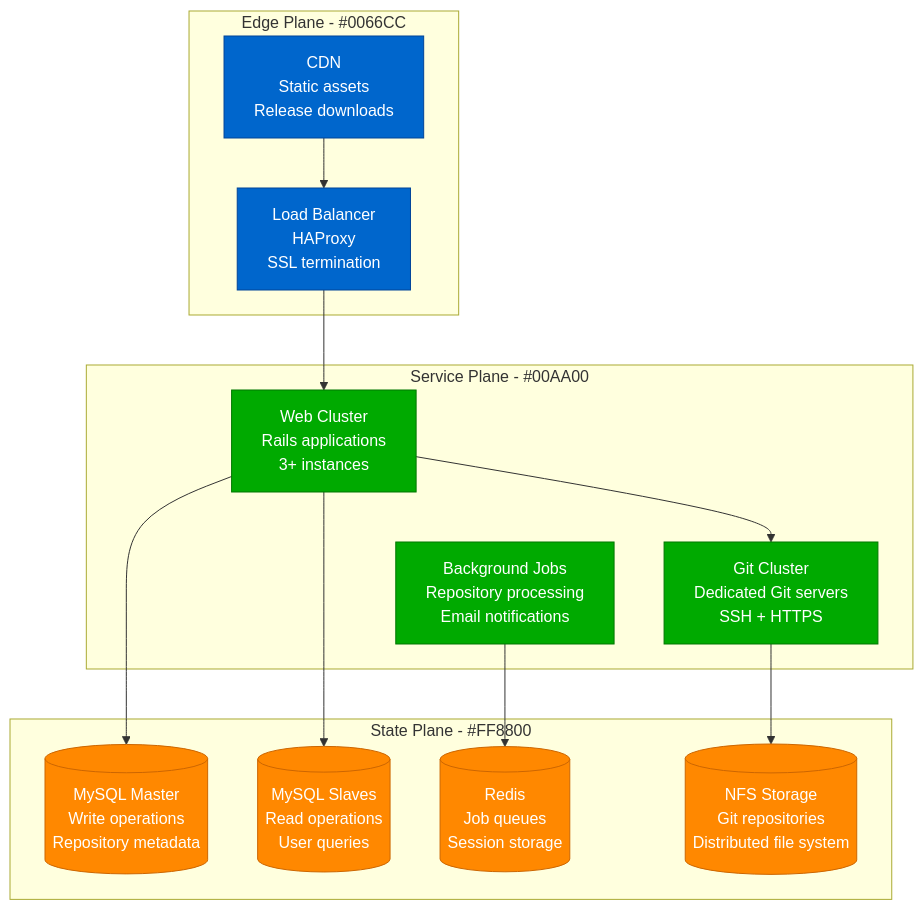
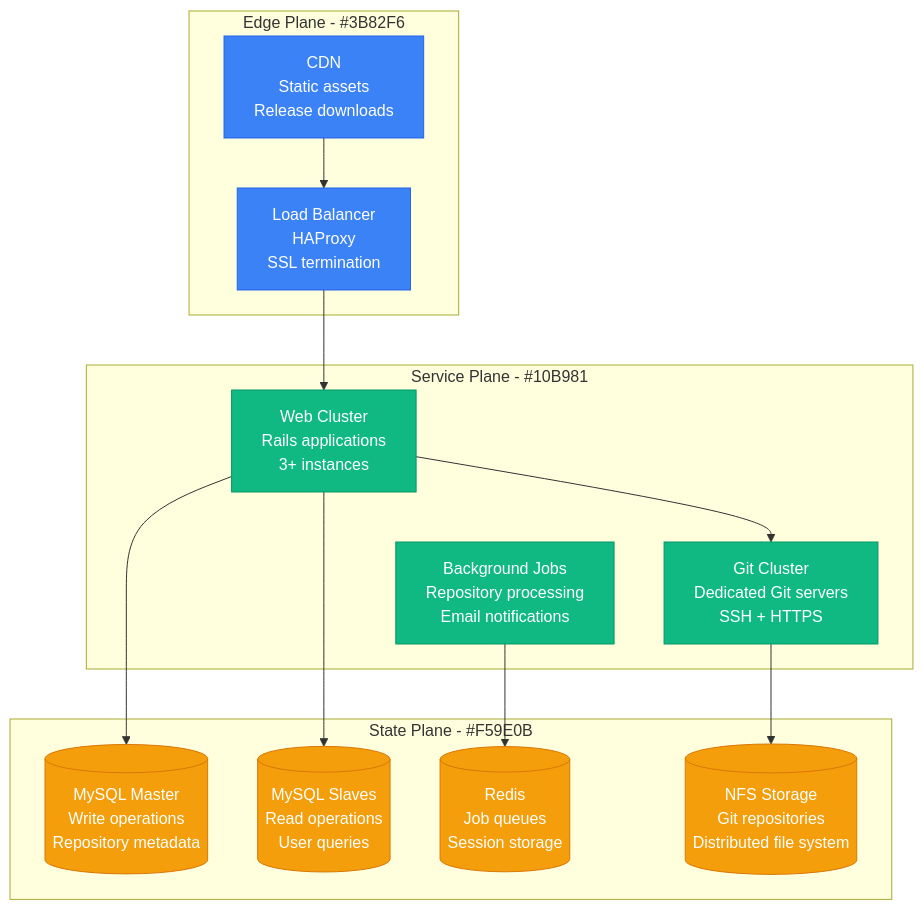
The second of 4 diagrams in site/docs/scaling/github-scale-evolution.md (deepaucksharma/DS), drawn with Mermaid before and after one commit. The commit also changed other lines of this file and 187 other files, not shown here.

````diff
--- a/site/docs/scaling/github-scale-evolution.md
+++ b/site/docs/scaling/github-scale-evolution.md
@@ -69,36 +69,36 @@
 ```mermaid
 graph TB
-    subgraph EdgePlane[Edge Plane - #0066CC]
+    subgraph EdgePlane[Edge Plane - #3B82F6]
         LB[Load Balancer<br/>HAProxy<br/>SSL termination]
         CDN[CDN<br/>Static assets<br/>Release downloads]
     end
 
-    subgraph ServicePlane[Service Plane - #00AA00]
+    subgraph ServicePlane[Service Plane - #10B981]
         WEB_CLUSTER[Web Cluster<br/>Rails applications<br/>3+ instances]
         GIT_CLUSTER[Git Cluster<br/>Dedicated Git servers<br/>SSH + HTTPS]
         BACKGROUND[Background Jobs<br/>Repository processing<br/>Email notifications]
     end
 
-    subgraph StatePlane[State Plane - #FF8800]
+    subgraph StatePlane[State Plane - #F59E0B]
         MYSQL_M[(MySQL Master<br/>Write operations<br/>Repository metadata)]
         MYSQL_S[(MySQL Slaves<br/>Read operations<br/>User queries)]
         REDIS[(Redis<br/>Job queues<br/>Session storage)]
         NFS[(NFS Storage<br/>Git repositories<br/>Distributed file system)]
     end
 
     LB --> WEB_CLUSTER
     CDN --> LB
     WEB_CLUSTER --> GIT_CLUSTER
     WEB_CLUSTER --> MYSQL_M
     WEB_CLUSTER --> MYSQL_S
     BACKGROUND --> REDIS
     GIT_CLUSTER --> NFS
 
-    classDef edgeStyle fill:#0066CC,stroke:#004499,color:#fff
-    classDef serviceStyle fill:#00AA00,stroke:#007700,color:#fff
-    classDef stateStyle fill:#FF8800,stroke:#CC6600,color:#fff
+    classDef edgeStyle fill:#3B82F6,stroke:#2563EB,color:#fff
+    classDef serviceStyle fill:#10B981,stroke:#059669,color:#fff
+    classDef stateStyle fill:#F59E0B,stroke:#D97706,color:#fff
 
     class LB,CDN edgeStyle
     class WEB_CLUSTER,GIT_CLUSTER,BACKGROUND serviceStyle
     class MYSQL_M,MYSQL_S,REDIS,NFS stateStyle
 ```
````
